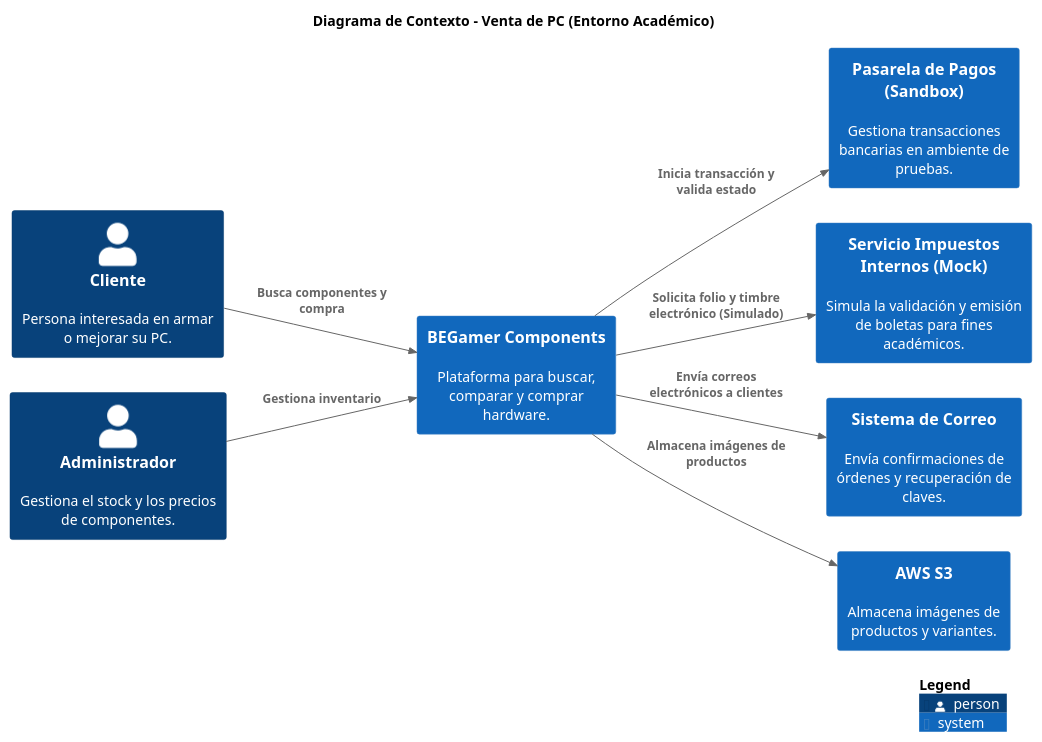
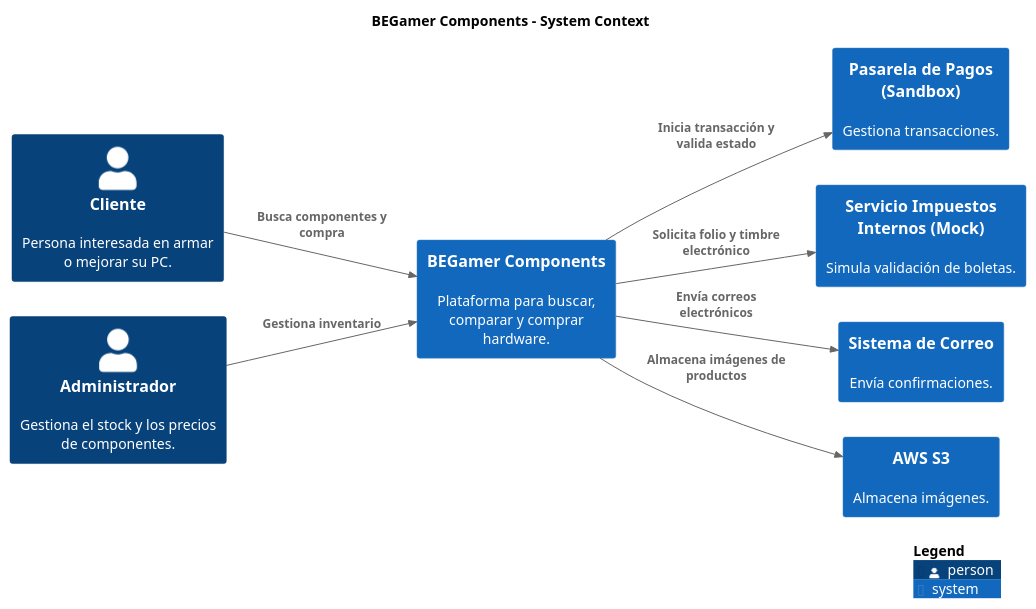
The diagram in master/puml/DiagramaContexto.puml (BruizN/BEGAMER-PC-COMPONENTS), drawn with PlantUML before and after one commit. The commit also changed 42 other files, not shown here.

```diff
--- a/master/puml/DiagramaContexto.puml
+++ b/master/puml/DiagramaContexto.puml
@@ -1,26 +1,26 @@
 @startuml
 set separator none
-title Diagrama de Contexto - Venta de PC (Entorno Académico)
+title BEGamer Components - System Context
 
 left to right direction
 
 !include <C4/C4>
 !include <C4/C4_Context>
 
 Person(Cliente, "Cliente", $descr="Persona interesada en armar o mejorar su PC.", $tags="", $link="")
+System(PasareladePagosSandbox, "Pasarela de Pagos (Sandbox)", $descr="Gestiona transacciones.", $tags="", $link="")
+System(ServicioImpuestosInternosMock, "Servicio Impuestos Internos (Mock)", $descr="Simula validación de boletas.", $tags="", $link="")
+System(SistemadeCorreo, "Sistema de Correo", $descr="Envía confirmaciones.", $tags="", $link="")
+System(AWSS3, "AWS S3", $descr="Almacena imágenes.", $tags="", $link="")
 Person(Administrador, "Administrador", $descr="Gestiona el stock y los precios de componentes.", $tags="", $link="")
 System(BEGamerComponents, "BEGamer Components", $descr="Plataforma para buscar, comparar y comprar hardware.", $tags="", $link="")
-System(PasareladePagosSandbox, "Pasarela de Pagos (Sandbox)", $descr="Gestiona transacciones bancarias en ambiente de pruebas.", $tags="", $link="")
-System(ServicioImpuestosInternosMock, "Servicio Impuestos Internos (Mock)", $descr="Simula la validación y emisión de boletas para fines académicos.", $tags="", $link="")
-System(SistemadeCorreo, "Sistema de Correo", $descr="Envía confirmaciones de órdenes y recuperación de claves.", $tags="", $link="")
-System(AWSS3, "AWS S3", $descr="Almacena imágenes de productos y variantes.", $tags="", $link="")
 
 Rel(Cliente, BEGamerComponents, "Busca componentes y compra", $techn="", $tags="", $link="")
 Rel(Administrador, BEGamerComponents, "Gestiona inventario", $techn="", $tags="", $link="")
 Rel(BEGamerComponents, AWSS3, "Almacena imágenes de productos", $techn="", $tags="", $link="")
 Rel(BEGamerComponents, PasareladePagosSandbox, "Inicia transacción y valida estado", $techn="", $tags="", $link="")
-Rel(BEGamerComponents, ServicioImpuestosInternosMock, "Solicita folio y timbre electrónico (Simulado)", $techn="", $tags="", $link="")
-Rel(BEGamerComponents, SistemadeCorreo, "Envía correos electrónicos a clientes", $techn="", $tags="", $link="")
+Rel(BEGamerComponents, ServicioImpuestosInternosMock, "Solicita folio y timbre electrónico", $techn="", $tags="", $link="")
+Rel(BEGamerComponents, SistemadeCorreo, "Envía correos electrónicos", $techn="", $tags="", $link="")
 
 SHOW_LEGEND(true)
 @enduml
```
